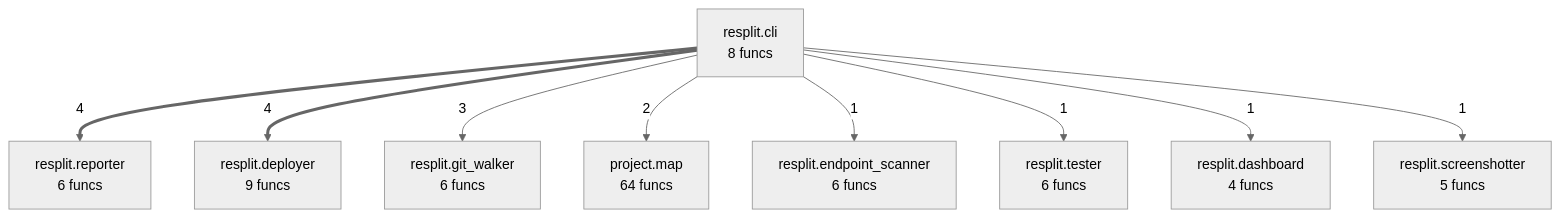
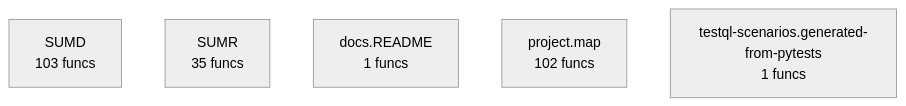
One commit to semcod/resplit changed the diagram in project/compact_flow.mmd. Above: the diagram before and after it, drawn with Mermaid (neutral theme). The commit also changed 42 other files, not shown here.

```diff
--- a/project/compact_flow.mmd
+++ b/project/compact_flow.mmd
@@ -1,18 +1,6 @@
 flowchart TD
-    project__map["project.map<br/>64 funcs"]
-    resplit__cli["resplit.cli<br/>8 funcs"]
-    resplit__dashboard["resplit.dashboard<br/>4 funcs"]
-    resplit__deployer["resplit.deployer<br/>9 funcs"]
-    resplit__endpoint_scanner["resplit.endpoint_scanner<br/>6 funcs"]
-    resplit__git_walker["resplit.git_walker<br/>6 funcs"]
-    resplit__reporter["resplit.reporter<br/>6 funcs"]
-    resplit__screenshotter["resplit.screenshotter<br/>5 funcs"]
-    resplit__tester["resplit.tester<br/>6 funcs"]
-    resplit__cli ==>|4| resplit__reporter
-    resplit__cli ==>|4| resplit__deployer
-    resplit__cli -->|3| resplit__git_walker
-    resplit__cli -->|2| project__map
-    resplit__cli -->|1| resplit__endpoint_scanner
-    resplit__cli -->|1| resplit__tester
-    resplit__cli -->|1| resplit__dashboard
-    resplit__cli -->|1| resplit__screenshotter
+    SUMD["SUMD<br/>103 funcs"]
+    SUMR["SUMR<br/>35 funcs"]
+    docs__README["docs.README<br/>1 funcs"]
+    project__map["project.map<br/>102 funcs"]
+    testql_scenarios__generated_from_pytests["testql-scenarios.generated-from-pytests<br/>1 funcs"]
```
